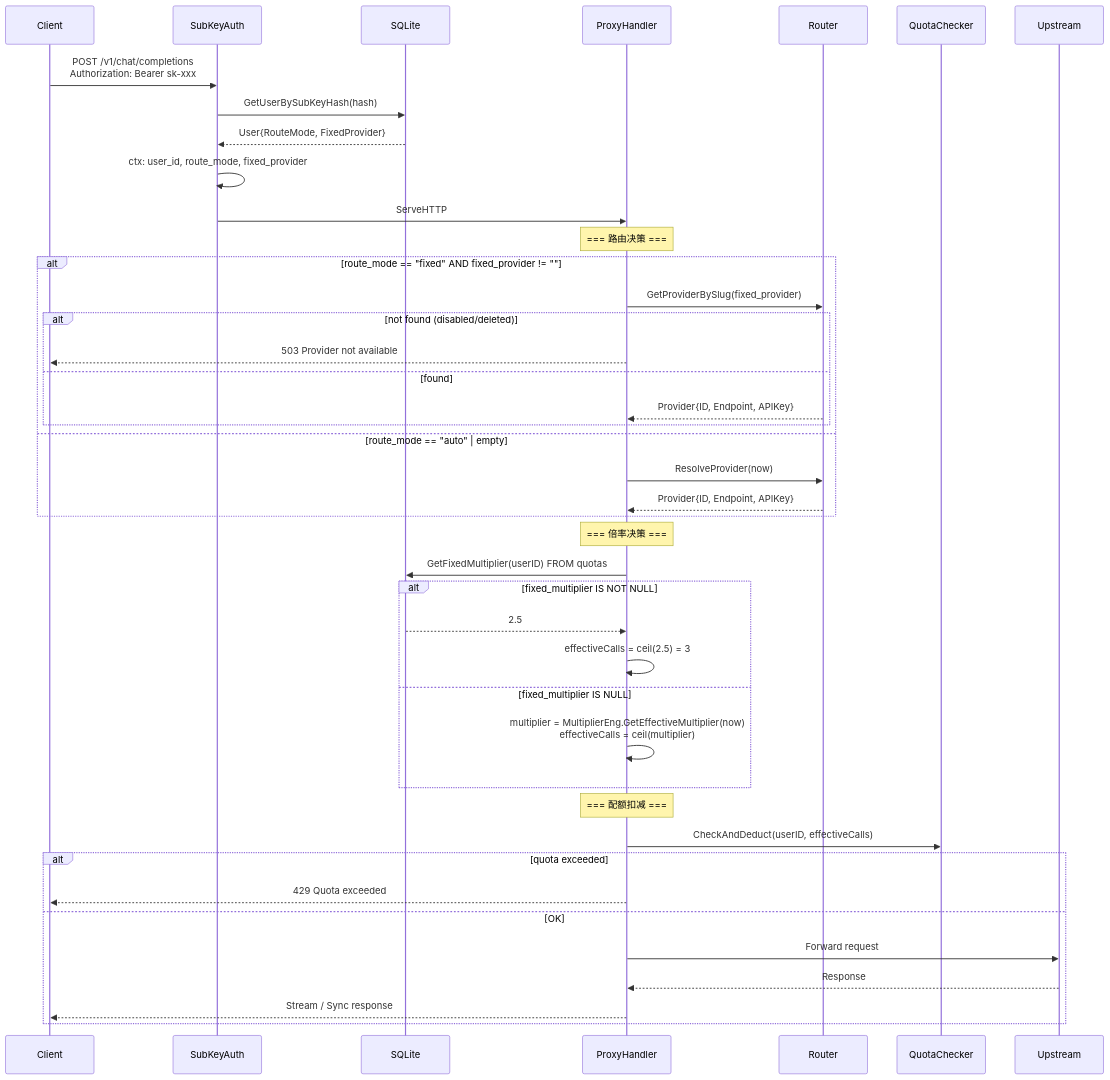
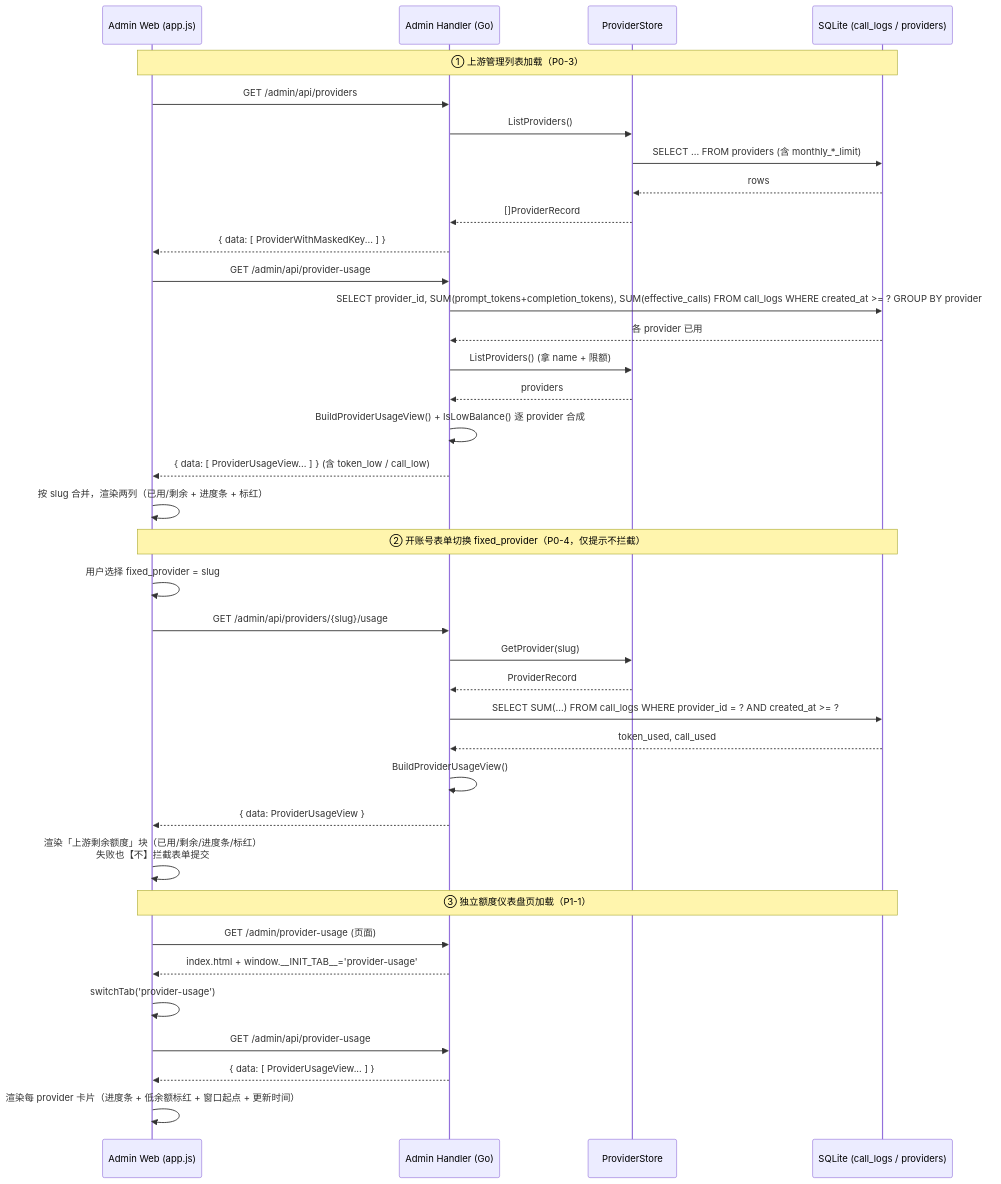
One commit to 16499259-oss/shimiaocheng-llm changed the diagram in docs/sequence-diagram.mermaid. Above: the diagram before and after it, drawn with Mermaid. The commit also changed 18 other files, not shown here.

First line of the commit message:
feat: provider monthly quota visibility (T01-T04)

```diff
--- a/docs/sequence-diagram.mermaid
+++ b/docs/sequence-diagram.mermaid
@@ -1,46 +1,40 @@
 sequenceDiagram
-    participant C as Client
-    participant M as SubKeyAuth
-    participant DB as SQLite
-    participant H as ProxyHandler
-    participant R as Router
-    participant Q as QuotaChecker
-    participant U as Upstream
+    participant UI as Admin Web (app.js)
+    participant API as Admin Handler (Go)
+    participant Store as ProviderStore
+    participant DB as SQLite (call_logs / providers)
 
-    C->>M: POST /v1/chat/completions<br/>Authorization: Bearer sk-xxx
-    M->>DB: GetUserBySubKeyHash(hash)
-    DB-->>M: User{RouteMode, FixedProvider}
-    M->>M: ctx: user_id, route_mode, fixed_provider
-    M->>H: ServeHTTP
+    Note over UI,DB: ① 上游管理列表加载（P0-3）
+    UI->>API: GET /admin/api/providers
+    API->>Store: ListProviders()
+    Store->>DB: SELECT ... FROM providers (含 monthly_*_limit)
+    DB-->>Store: rows
+    Store-->>API: []ProviderRecord
+    API-->>UI: { data: [ ProviderWithMaskedKey... ] }
+    UI->>API: GET /admin/api/provider-usage
+    API->>DB: SELECT provider_id, SUM(prompt_tokens+completion_tokens), SUM(effective_calls) FROM call_logs WHERE created_at >= ? GROUP BY provider_id
+    DB-->>API: 各 provider 已用
+    API->>Store: ListProviders() (拿 name + 限额)
+    Store-->>API: providers
+    API->>API: BuildProviderUsageView() + IsLowBalance() 逐 provider 合成
+    API-->>UI: { data: [ ProviderUsageView... ] } (含 token_low / call_low)
+    UI->>UI: 按 slug 合并，渲染两列（已用/剩余 + 进度条 + 标红）
 
-    Note over H: === 路由决策 ===
-    alt route_mode == "fixed" AND fixed_provider != ""
-        H->>R: GetProviderBySlug(fixed_provider)
-        alt not found (disabled/deleted)
-            H-->>C: 503 Provider not available
-        else found
-            R-->>H: Provider{ID, Endpoint, APIKey}
-        end
-    else route_mode == "auto" | empty
-        H->>R: ResolveProvider(now)
-        R-->>H: Provider{ID, Endpoint, APIKey}
-    end
+    Note over UI,DB: ② 开账号表单切换 fixed_provider（P0-4，仅提示不拦截）
+    UI->>UI: 用户选择 fixed_provider = slug
+    UI->>API: GET /admin/api/providers/{slug}/usage
+    API->>Store: GetProvider(slug)
+    Store-->>API: ProviderRecord
+    API->>DB: SELECT SUM(...) FROM call_logs WHERE provider_id = ? AND created_at >= ?
+    DB-->>API: token_used, call_used
+    API->>API: BuildProviderUsageView()
+    API-->>UI: { data: ProviderUsageView }
+    UI->>UI: 渲染「上游剩余额度」块（已用/剩余/进度条/标红）<br/>失败也【不】拦截表单提交
 
-    Note over H: === 倍率决策 ===
-    H->>DB: GetFixedMultiplier(userID) FROM quotas
-    alt fixed_multiplier IS NOT NULL
-        DB-->>H: 2.5
-        H->>H: effectiveCalls = ceil(2.5) = 3
-    else fixed_multiplier IS NULL
-        H->>H: multiplier = MultiplierEng.GetEffectiveMultiplier(now)<br/>effectiveCalls = ceil(multiplier)
-    end
-
-    Note over H: === 配额扣减 ===
-    H->>Q: CheckAndDeduct(userID, effectiveCalls)
-    alt quota exceeded
-        H-->>C: 429 Quota exceeded
-    else OK
-        H->>U: Forward request
-        U-->>H: Response
-        H-->>C: Stream / Sync response
-    end
+    Note over UI,DB: ③ 独立额度仪表盘页加载（P1-1）
+    UI->>API: GET /admin/provider-usage (页面)
+    API-->>UI: index.html + window.__INIT_TAB__='provider-usage'
+    UI->>UI: switchTab('provider-usage')
+    UI->>API: GET /admin/api/provider-usage
+    API-->>UI: { data: [ ProviderUsageView... ] }
+    UI->>UI: 渲染每 provider 卡片（进度条 + 低余额标红 + 窗口起点 + 更新时间）
```
